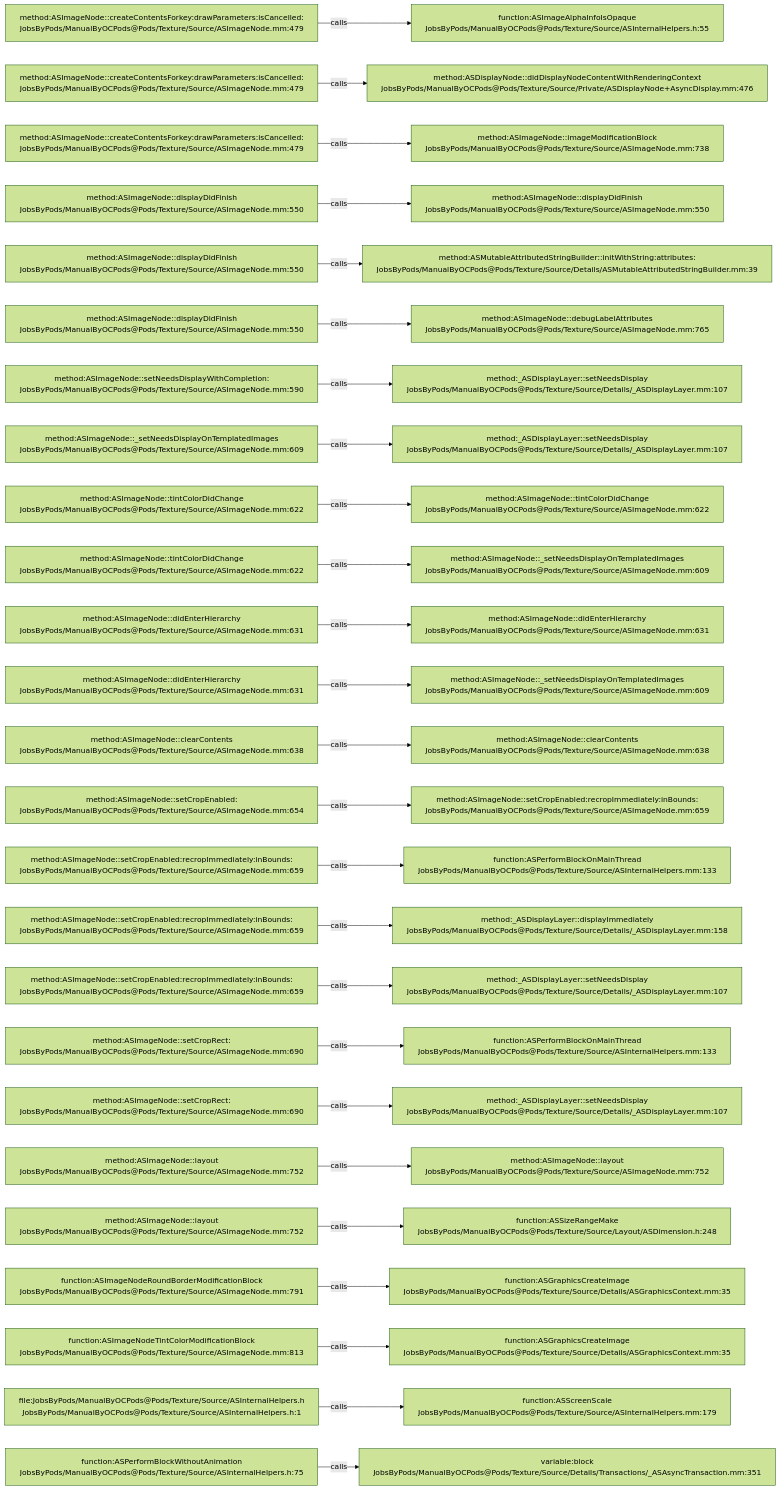
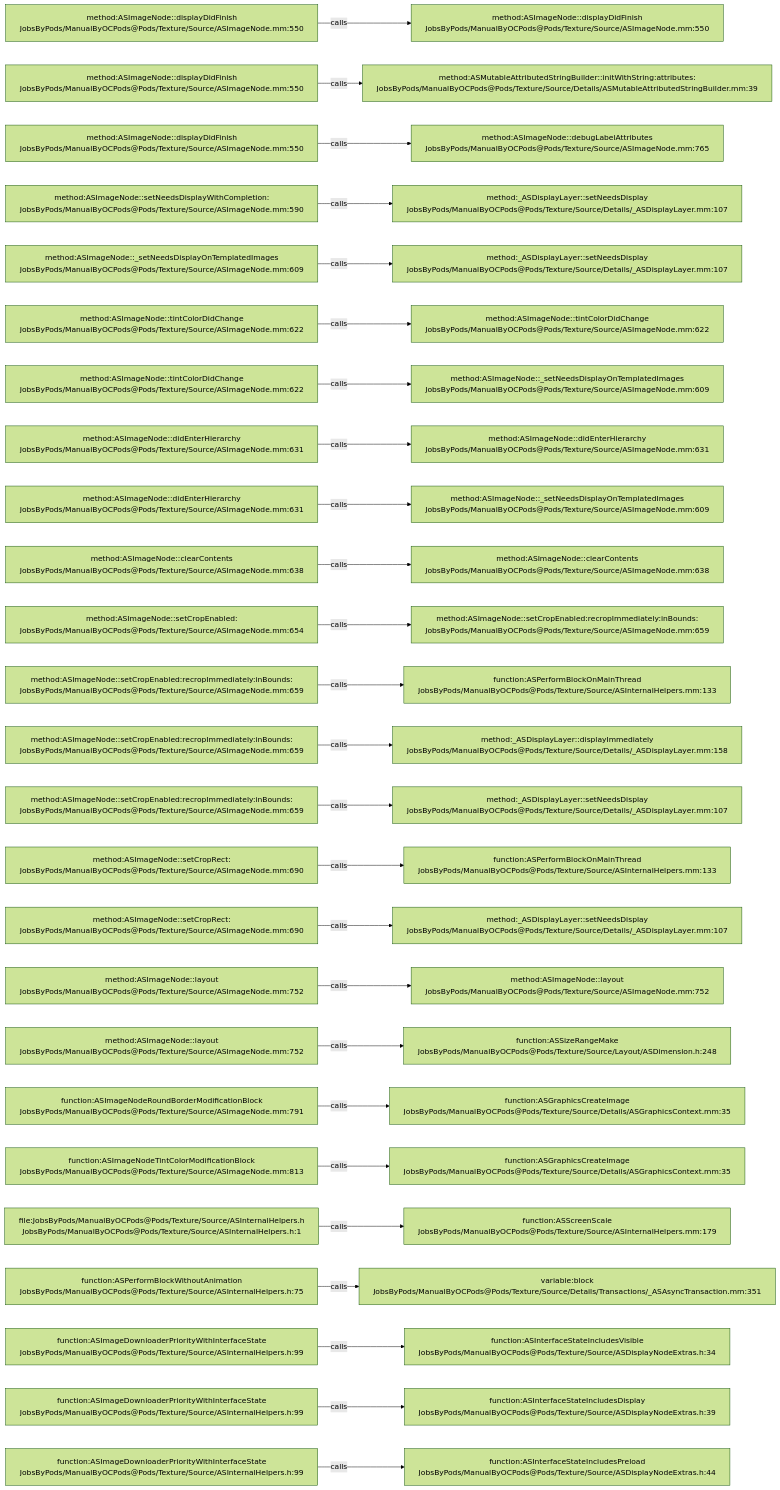
Before and after one commit to JobsKits/JobsOCBaseConfigDemo: the diagram in .codegraph/codegraph.md/graphs/calls-112.md, drawn with Mermaid (forest theme). The commit also changed 342 other files, not shown here.

````diff
--- a/.codegraph/codegraph.md/graphs/calls-112.md
+++ b/.codegraph/codegraph.md/graphs/calls-112.md
@@ -13,78 +13,78 @@
 ```mermaid
 flowchart LR
-  S1["method:ASImageNode::createContentsForkey:drawParameters:isCancelled:<br/>JobsByPods/ManualByOCPods@Pods/Texture/Source/ASImageNode.mm:479"]
-  T1["function:ASImageAlphaInfoIsOpaque<br/>JobsByPods/ManualByOCPods@Pods/Texture/Source/ASInternalHelpers.h:55"]
+  S1["method:ASImageNode::displayDidFinish<br/>JobsByPods/ManualByOCPods@Pods/Texture/Source/ASImageNode.mm:550"]
+  T1["method:ASImageNode::displayDidFinish<br/>JobsByPods/ManualByOCPods@Pods/Texture/Source/ASImageNode.mm:550"]
   S1 -->|calls| T1
-  S2["method:ASImageNode::createContentsForkey:drawParameters:isCancelled:<br/>JobsByPods/ManualByOCPods@Pods/Texture/Source/ASImageNode.mm:479"]
-  T2["method:ASDisplayNode::didDisplayNodeContentWithRenderingContext<br/>JobsByPods/ManualByOCPods@Pods/Texture/Source/Private/ASDisplayNode+AsyncDisplay.mm:476"]
+  S2["method:ASImageNode::displayDidFinish<br/>JobsByPods/ManualByOCPods@Pods/Texture/Source/ASImageNode.mm:550"]
+  T2["method:ASMutableAttributedStringBuilder::initWithString:attributes:<br/>JobsByPods/ManualByOCPods@Pods/Texture/Source/Details/ASMutableAttributedStringBuilder.mm:39"]
   S2 -->|calls| T2
-  S3["method:ASImageNode::createContentsForkey:drawParameters:isCancelled:<br/>JobsByPods/ManualByOCPods@Pods/Texture/Source/ASImageNode.mm:479"]
-  T3["method:ASImageNode::imageModificationBlock<br/>JobsByPods/ManualByOCPods@Pods/Texture/Source/ASImageNode.mm:738"]
+  S3["method:ASImageNode::displayDidFinish<br/>JobsByPods/ManualByOCPods@Pods/Texture/Source/ASImageNode.mm:550"]
+  T3["method:ASImageNode::debugLabelAttributes<br/>JobsByPods/ManualByOCPods@Pods/Texture/Source/ASImageNode.mm:765"]
   S3 -->|calls| T3
-  S4["method:ASImageNode::displayDidFinish<br/>JobsByPods/ManualByOCPods@Pods/Texture/Source/ASImageNode.mm:550"]
-  T4["method:ASImageNode::displayDidFinish<br/>JobsByPods/ManualByOCPods@Pods/Texture/Source/ASImageNode.mm:550"]
+  S4["method:ASImageNode::setNeedsDisplayWithCompletion:<br/>JobsByPods/ManualByOCPods@Pods/Texture/Source/ASImageNode.mm:590"]
+  T4["method:_ASDisplayLayer::setNeedsDisplay<br/>JobsByPods/ManualByOCPods@Pods/Texture/Source/Details/_ASDisplayLayer.mm:107"]
   S4 -->|calls| T4
-  S5["method:ASImageNode::displayDidFinish<br/>JobsByPods/ManualByOCPods@Pods/Texture/Source/ASImageNode.mm:550"]
-  T5["method:ASMutableAttributedStringBuilder::initWithString:attributes:<br/>JobsByPods/ManualByOCPods@Pods/Texture/Source/Details/ASMutableAttributedStringBuilder.mm:39"]
+  S5["method:ASImageNode::_setNeedsDisplayOnTemplatedImages<br/>JobsByPods/ManualByOCPods@Pods/Texture/Source/ASImageNode.mm:609"]
+  T5["method:_ASDisplayLayer::setNeedsDisplay<br/>JobsByPods/ManualByOCPods@Pods/Texture/Source/Details/_ASDisplayLayer.mm:107"]
   S5 -->|calls| T5
-  S6["method:ASImageNode::displayDidFinish<br/>JobsByPods/ManualByOCPods@Pods/Texture/Source/ASImageNode.mm:550"]
-  T6["method:ASImageNode::debugLabelAttributes<br/>JobsByPods/ManualByOCPods@Pods/Texture/Source/ASImageNode.mm:765"]
+  S6["method:ASImageNode::tintColorDidChange<br/>JobsByPods/ManualByOCPods@Pods/Texture/Source/ASImageNode.mm:622"]
+  T6["method:ASImageNode::tintColorDidChange<br/>JobsByPods/ManualByOCPods@Pods/Texture/Source/ASImageNode.mm:622"]
   S6 -->|calls| T6
-  S7["method:ASImageNode::setNeedsDisplayWithCompletion:<br/>JobsByPods/ManualByOCPods@Pods/Texture/Source/ASImageNode.mm:590"]
-  T7["method:_ASDisplayLayer::setNeedsDisplay<br/>JobsByPods/ManualByOCPods@Pods/Texture/Source/Details/_ASDisplayLayer.mm:107"]
+  S7["method:ASImageNode::tintColorDidChange<br/>JobsByPods/ManualByOCPods@Pods/Texture/Source/ASImageNode.mm:622"]
+  T7["method:ASImageNode::_setNeedsDisplayOnTemplatedImages<br/>JobsByPods/ManualByOCPods@Pods/Texture/Source/ASImageNode.mm:609"]
   S7 -->|calls| T7
-  S8["method:ASImageNode::_setNeedsDisplayOnTemplatedImages<br/>JobsByPods/ManualByOCPods@Pods/Texture/Source/ASImageNode.mm:609"]
-  T8["method:_ASDisplayLayer::setNeedsDisplay<br/>JobsByPods/ManualByOCPods@Pods/Texture/Source/Details/_ASDisplayLayer.mm:107"]
+  S8["method:ASImageNode::didEnterHierarchy<br/>JobsByPods/ManualByOCPods@Pods/Texture/Source/ASImageNode.mm:631"]
+  T8["method:ASImageNode::didEnterHierarchy<br/>JobsByPods/ManualByOCPods@Pods/Texture/Source/ASImageNode.mm:631"]
   S8 -->|calls| T8
-  S9["method:ASImageNode::tintColorDidChange<br/>JobsByPods/ManualByOCPods@Pods/Texture/Source/ASImageNode.mm:622"]
-  T9["method:ASImageNode::tintColorDidChange<br/>JobsByPods/ManualByOCPods@Pods/Texture/Source/ASImageNode.mm:622"]
+  S9["method:ASImageNode::didEnterHierarchy<br/>JobsByPods/ManualByOCPods@Pods/Texture/Source/ASImageNode.mm:631"]
+  T9["method:ASImageNode::_setNeedsDisplayOnTemplatedImages<br/>JobsByPods/ManualByOCPods@Pods/Texture/Source/ASImageNode.mm:609"]
   S9 -->|calls| T9
-  S10["method:ASImageNode::tintColorDidChange<br/>JobsByPods/ManualByOCPods@Pods/Texture/Source/ASImageNode.mm:622"]
-  T10["method:ASImageNode::_setNeedsDisplayOnTemplatedImages<br/>JobsByPods/ManualByOCPods@Pods/Texture/Source/ASImageNode.mm:609"]
+  S10["method:ASImageNode::clearContents<br/>JobsByPods/ManualByOCPods@Pods/Texture/Source/ASImageNode.mm:638"]
+  T10["method:ASImageNode::clearContents<br/>JobsByPods/ManualByOCPods@Pods/Texture/Source/ASImageNode.mm:638"]
   S10 -->|calls| T10
-  S11["method:ASImageNode::didEnterHierarchy<br/>JobsByPods/ManualByOCPods@Pods/Texture/Source/ASImageNode.mm:631"]
-  T11["method:ASImageNode::didEnterHierarchy<br/>JobsByPods/ManualByOCPods@Pods/Texture/Source/ASImageNode.mm:631"]
+  S11["method:ASImageNode::setCropEnabled:<br/>JobsByPods/ManualByOCPods@Pods/Texture/Source/ASImageNode.mm:654"]
+  T11["method:ASImageNode::setCropEnabled:recropImmediately:inBounds:<br/>JobsByPods/ManualByOCPods@Pods/Texture/Source/ASImageNode.mm:659"]
   S11 -->|calls| T11
-  S12["method:ASImageNode::didEnterHierarchy<br/>JobsByPods/ManualByOCPods@Pods/Texture/Source/ASImageNode.mm:631"]
-  T12["method:ASImageNode::_setNeedsDisplayOnTemplatedImages<br/>JobsByPods/ManualByOCPods@Pods/Texture/Source/ASImageNode.mm:609"]
+  S12["method:ASImageNode::setCropEnabled:recropImmediately:inBounds:<br/>JobsByPods/ManualByOCPods@Pods/Texture/Source/ASImageNode.mm:659"]
+  T12["function:ASPerformBlockOnMainThread<br/>JobsByPods/ManualByOCPods@Pods/Texture/Source/ASInternalHelpers.mm:133"]
   S12 -->|calls| T12
-  S13["method:ASImageNode::clearContents<br/>JobsByPods/ManualByOCPods@Pods/Texture/Source/ASImageNode.mm:638"]
-  T13["method:ASImageNode::clearContents<br/>JobsByPods/ManualByOCPods@Pods/Texture/Source/ASImageNode.mm:638"]
+  S13["method:ASImageNode::setCropEnabled:recropImmediately:inBounds:<br/>JobsByPods/ManualByOCPods@Pods/Texture/Source/ASImageNode.mm:659"]
+  T13["method:_ASDisplayLayer::displayImmediately<br/>JobsByPods/ManualByOCPods@Pods/Texture/Source/Details/_ASDisplayLayer.mm:158"]
   S13 -->|calls| T13
-  S14["method:ASImageNode::setCropEnabled:<br/>JobsByPods/ManualByOCPods@Pods/Texture/Source/ASImageNode.mm:654"]
-  T14["method:ASImageNode::setCropEnabled:recropImmediately:inBounds:<br/>JobsByPods/ManualByOCPods@Pods/Texture/Source/ASImageNode.mm:659"]
+  S14["method:ASImageNode::setCropEnabled:recropImmediately:inBounds:<br/>JobsByPods/ManualByOCPods@Pods/Texture/Source/ASImageNode.mm:659"]
+  T14["method:_ASDisplayLayer::setNeedsDisplay<br/>JobsByPods/ManualByOCPods@Pods/Texture/Source/Details/_ASDisplayLayer.mm:107"]
   S14 -->|calls| T14
-  S15["method:ASImageNode::setCropEnabled:recropImmediately:inBounds:<br/>JobsByPods/ManualByOCPods@Pods/Texture/Source/ASImageNode.mm:659"]
+  S15["method:ASImageNode::setCropRect:<br/>JobsByPods/ManualByOCPods@Pods/Texture/Source/ASImageNode.mm:690"]
   T15["function:ASPerformBlockOnMainThread<br/>JobsByPods/ManualByOCPods@Pods/Texture/Source/ASInternalHelpers.mm:133"]
   S15 -->|calls| T15
-  S16["method:ASImageNode::setCropEnabled:recropImmediately:inBounds:<br/>JobsByPods/ManualByOCPods@Pods/Texture/Source/ASImageNode.mm:659"]
-  T16["method:_ASDisplayLayer::displayImmediately<br/>JobsByPods/ManualByOCPods@Pods/Texture/Source/Details/_ASDisplayLayer.mm:158"]
+  S16["method:ASImageNode::setCropRect:<br/>JobsByPods/ManualByOCPods@Pods/Texture/Source/ASImageNode.mm:690"]
+  T16["method:_ASDisplayLayer::setNeedsDisplay<br/>JobsByPods/ManualByOCPods@Pods/Texture/Source/Details/_ASDisplayLayer.mm:107"]
   S16 -->|calls| T16
-  S17["method:ASImageNode::setCropEnabled:recropImmediately:inBounds:<br/>JobsByPods/ManualByOCPods@Pods/Texture/Source/ASImageNode.mm:659"]
-  T17["method:_ASDisplayLayer::setNeedsDisplay<br/>JobsByPods/ManualByOCPods@Pods/Texture/Source/Details/_ASDisplayLayer.mm:107"]
+  S17["method:ASImageNode::layout<br/>JobsByPods/ManualByOCPods@Pods/Texture/Source/ASImageNode.mm:752"]
+  T17["method:ASImageNode::layout<br/>JobsByPods/ManualByOCPods@Pods/Texture/Source/ASImageNode.mm:752"]
   S17 -->|calls| T17
-  S18["method:ASImageNode::setCropRect:<br/>JobsByPods/ManualByOCPods@Pods/Texture/Source/ASImageNode.mm:690"]
-  T18["function:ASPerformBlockOnMainThread<br/>JobsByPods/ManualByOCPods@Pods/Texture/Source/ASInternalHelpers.mm:133"]
+  S18["method:ASImageNode::layout<br/>JobsByPods/ManualByOCPods@Pods/Texture/Source/ASImageNode.mm:752"]
+  T18["function:ASSizeRangeMake<br/>JobsByPods/ManualByOCPods@Pods/Texture/Source/Layout/ASDimension.h:248"]
   S18 -->|calls| T18
-  S19["method:ASImageNode::setCropRect:<br/>JobsByPods/ManualByOCPods@Pods/Texture/Source/ASImageNode.mm:690"]
-  T19["method:_ASDisplayLayer::setNeedsDisplay<br/>JobsByPods/ManualByOCPods@Pods/Texture/Source/Details/_ASDisplayLayer.mm:107"]
+  S19["function:ASImageNodeRoundBorderModificationBlock<br/>JobsByPods/ManualByOCPods@Pods/Texture/Source/ASImageNode.mm:791"]
+  T19["function:ASGraphicsCreateImage<br/>JobsByPods/ManualByOCPods@Pods/Texture/Source/Details/ASGraphicsContext.mm:35"]
   S19 -->|calls| T19
-  S20["method:ASImageNode::layout<br/>JobsByPods/ManualByOCPods@Pods/Texture/Source/ASImageNode.mm:752"]
-  T20["method:ASImageNode::layout<br/>JobsByPods/ManualByOCPods@Pods/Texture/Source/ASImageNode.mm:752"]
+  S20["function:ASImageNodeTintColorModificationBlock<br/>JobsByPods/ManualByOCPods@Pods/Texture/Source/ASImageNode.mm:813"]
+  T20["function:ASGraphicsCreateImage<br/>JobsByPods/ManualByOCPods@Pods/Texture/Source/Details/ASGraphicsContext.mm:35"]
   S20 -->|calls| T20
-  S21["method:ASImageNode::layout<br/>JobsByPods/ManualByOCPods@Pods/Texture/Source/ASImageNode.mm:752"]
-  T21["function:ASSizeRangeMake<br/>JobsByPods/ManualByOCPods@Pods/Texture/Source/Layout/ASDimension.h:248"]
+  S21["file:JobsByPods/ManualByOCPods@Pods/Texture/Source/ASInternalHelpers.h<br/>JobsByPods/ManualByOCPods@Pods/Texture/Source/ASInternalHelpers.h:1"]
+  T21["function:ASScreenScale<br/>JobsByPods/ManualByOCPods@Pods/Texture/Source/ASInternalHelpers.mm:179"]
   S21 -->|calls| T21
-  S22["function:ASImageNodeRoundBorderModificationBlock<br/>JobsByPods/ManualByOCPods@Pods/Texture/Source/ASImageNode.mm:791"]
-  T22["function:ASGraphicsCreateImage<br/>JobsByPods/ManualByOCPods@Pods/Texture/Source/Details/ASGraphicsContext.mm:35"]
+  S22["function:ASPerformBlockWithoutAnimation<br/>JobsByPods/ManualByOCPods@Pods/Texture/Source/ASInternalHelpers.h:75"]
+  T22["variable:block<br/>JobsByPods/ManualByOCPods@Pods/Texture/Source/Details/Transactions/_ASAsyncTransaction.mm:351"]
   S22 -->|calls| T22
-  S23["function:ASImageNodeTintColorModificationBlock<br/>JobsByPods/ManualByOCPods@Pods/Texture/Source/ASImageNode.mm:813"]
-  T23["function:ASGraphicsCreateImage<br/>JobsByPods/ManualByOCPods@Pods/Texture/Source/Details/ASGraphicsContext.mm:35"]
+  S23["function:ASImageDownloaderPriorityWithInterfaceState<br/>JobsByPods/ManualByOCPods@Pods/Texture/Source/ASInternalHelpers.h:99"]
+  T23["function:ASInterfaceStateIncludesVisible<br/>JobsByPods/ManualByOCPods@Pods/Texture/Source/ASDisplayNodeExtras.h:34"]
   S23 -->|calls| T23
-  S24["file:JobsByPods/ManualByOCPods@Pods/Texture/Source/ASInternalHelpers.h<br/>JobsByPods/ManualByOCPods@Pods/Texture/Source/ASInternalHelpers.h:1"]
-  T24["function:ASScreenScale<br/>JobsByPods/ManualByOCPods@Pods/Texture/Source/ASInternalHelpers.mm:179"]
+  S24["function:ASImageDownloaderPriorityWithInterfaceState<br/>JobsByPods/ManualByOCPods@Pods/Texture/Source/ASInternalHelpers.h:99"]
+  T24["function:ASInterfaceStateIncludesDisplay<br/>JobsByPods/ManualByOCPods@Pods/Texture/Source/ASDisplayNodeExtras.h:39"]
   S24 -->|calls| T24
-  S25["function:ASPerformBlockWithoutAnimation<br/>JobsByPods/ManualByOCPods@Pods/Texture/Source/ASInternalHelpers.h:75"]
-  T25["variable:block<br/>JobsByPods/ManualByOCPods@Pods/Texture/Source/Details/Transactions/_ASAsyncTransaction.mm:351"]
+  S25["function:ASImageDownloaderPriorityWithInterfaceState<br/>JobsByPods/ManualByOCPods@Pods/Texture/Source/ASInternalHelpers.h:99"]
+  T25["function:ASInterfaceStateIncludesPreload<br/>JobsByPods/ManualByOCPods@Pods/Texture/Source/ASDisplayNodeExtras.h:44"]
   S25 -->|calls| T25
 ```
````
